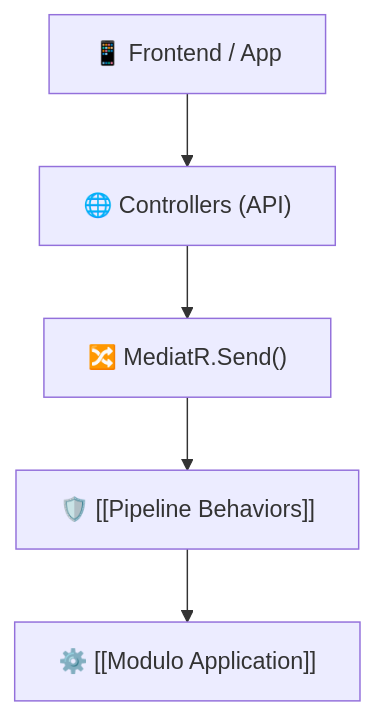
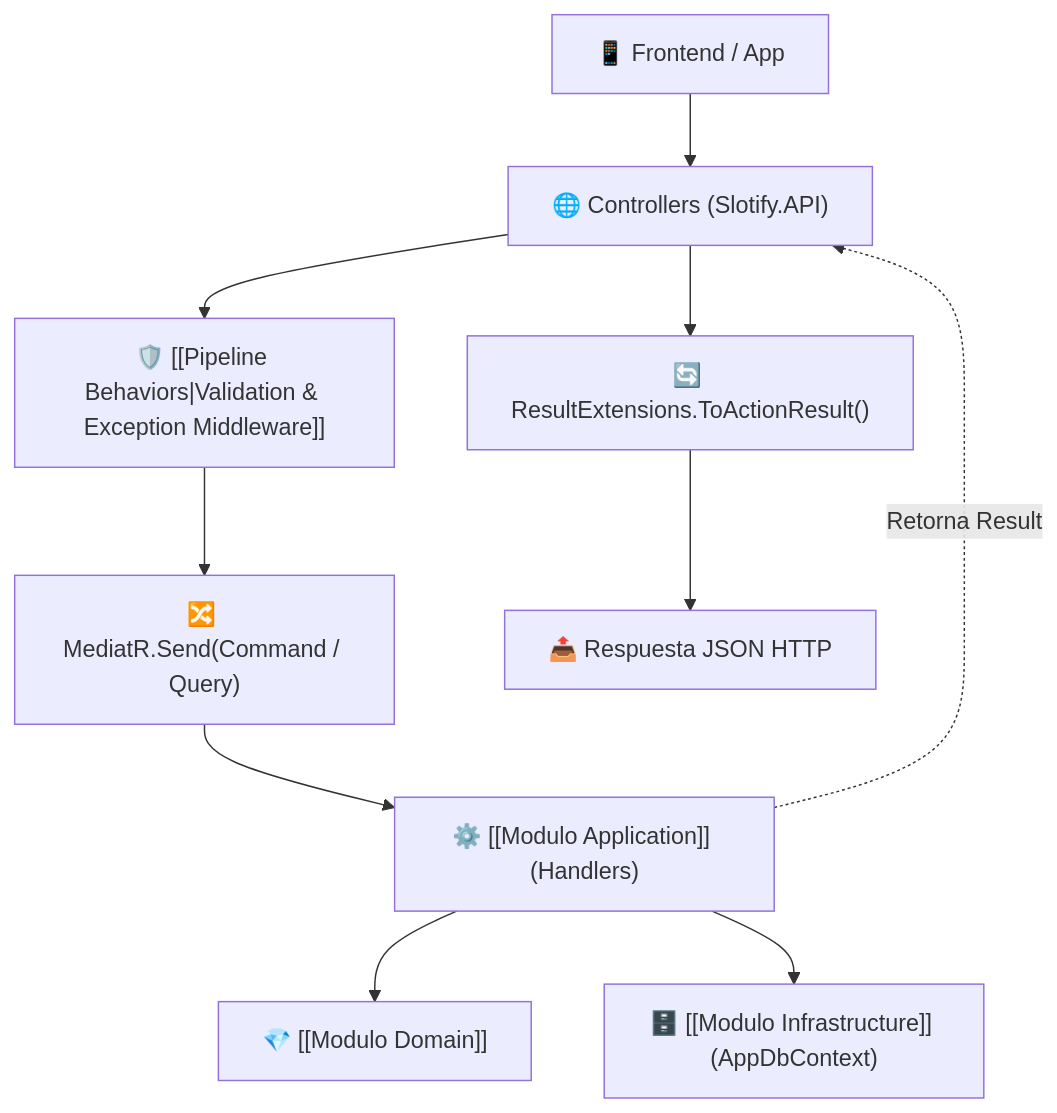
One commit to ShaguittoScot/Slotify_back changed the diagram in docs/02 - Arquitectura y Capas/Modulo API.md. Above: the diagram before and after it, drawn with Mermaid. The commit also changed other lines of this file and 104 other files, not shown here.

````diff
--- a/docs/02 - Arquitectura y Capas/Modulo API.md
+++ b/docs/02 - Arquitectura y Capas/Modulo API.md
@@ -39,7 +188,12 @@
 ```mermaid
 graph TD
-    Client["📱 Frontend / App"] --> Controller["🌐 Controllers (API)"]
-    Controller --> MediatR["🔀 MediatR.Send()"]
-    MediatR --> Behaviors["🛡️ [[Pipeline Behaviors]]"]
-    Behaviors --> App["⚙️ [[Modulo Application]]"]
+    Client["📱 Frontend / App"] --> Controller["🌐 Controllers (Slotify.API)"]
+    Controller --> Middleware["🛡️ [[Pipeline Behaviors|Validation & Exception Middleware]]"]
+    Middleware --> MediatR["🔀 MediatR.Send(Command / Query)"]
+    MediatR --> App["⚙️ [[Modulo Application]] (Handlers)"]
+    App --> Domain["💎 [[Modulo Domain]]"]
+    App --> Infra["🗄️ [[Modulo Infrastructure]] (AppDbContext)"]
+    App -. Retorna Result .-> Controller
+    Controller --> ResultExt["🔄 ResultExtensions.ToActionResult()"]
+    ResultExt --> JSONResponse["📤 Respuesta JSON HTTP"]
 ```
````
